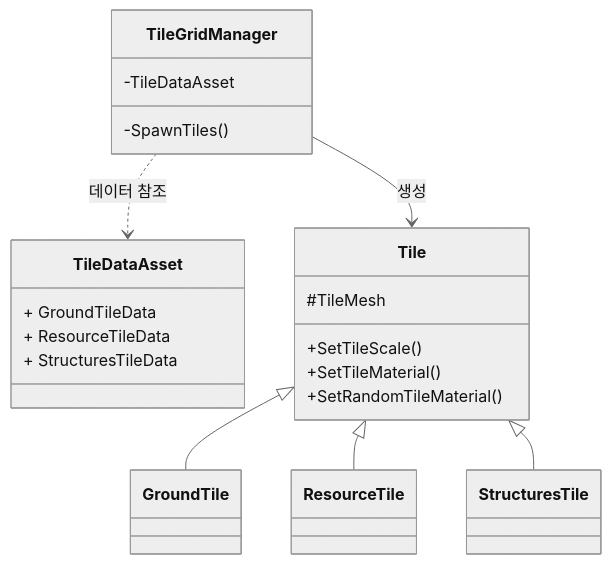
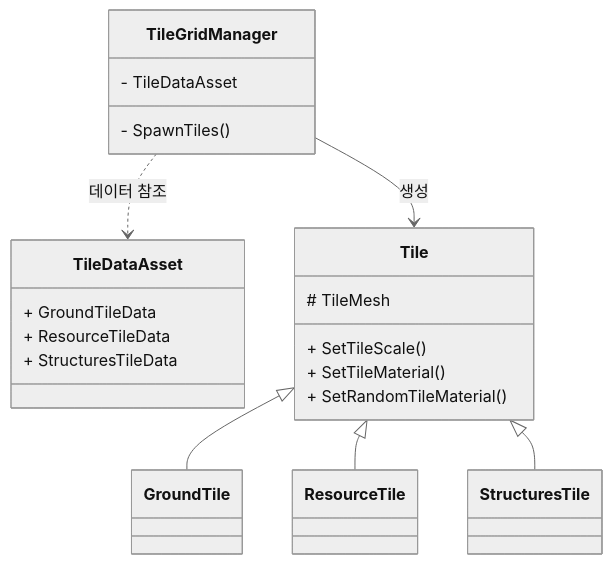
One commit to WJMcode/Project_CavesBasic changed the first of 4 diagrams in README.md. Above: the diagram before and after it, drawn with Mermaid (neutral theme).

````diff
--- a/README.md
+++ b/README.md
@@ -1,27 +1,27 @@
 ```mermaid
 classDiagram
     class TileGridManager {
-        -TileDataAsset
-        -SpawnTiles()
+        - TileDataAsset
+        - SpawnTiles()
     }
     class TileDataAsset {
         + GroundTileData
         + ResourceTileData
         + StructuresTileData
     }
     class Tile {
-        #TileMesh
-        +SetTileScale()
-        +SetTileMaterial()
-        +SetRandomTileMaterial()
+        # TileMesh
+        + SetTileScale()
+        + SetTileMaterial()
+        + SetRandomTileMaterial()
     }
     class GroundTile
     class ResourceTile
     class StructuresTile
 
     TileGridManager ..> TileDataAsset : 데이터 참조
     TileGridManager --> Tile : 생성
     Tile <|-- GroundTile
     Tile <|-- ResourceTile
     Tile <|-- StructuresTile
 ```
````
